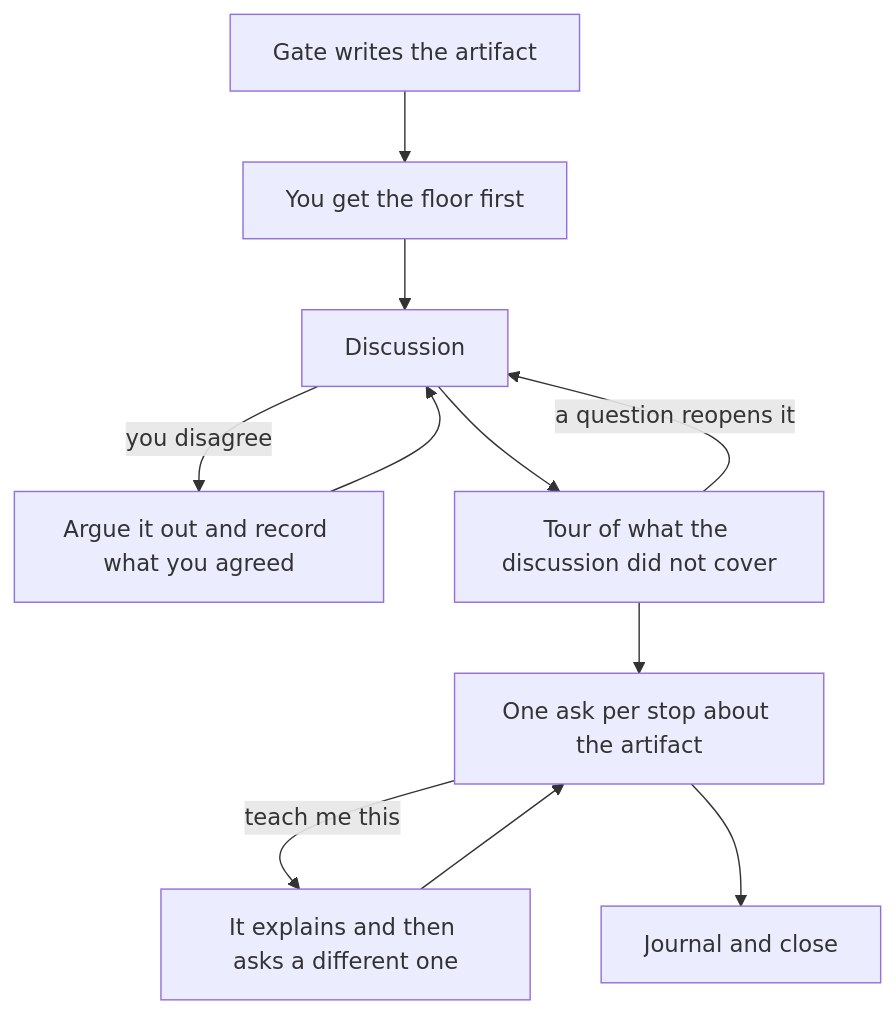
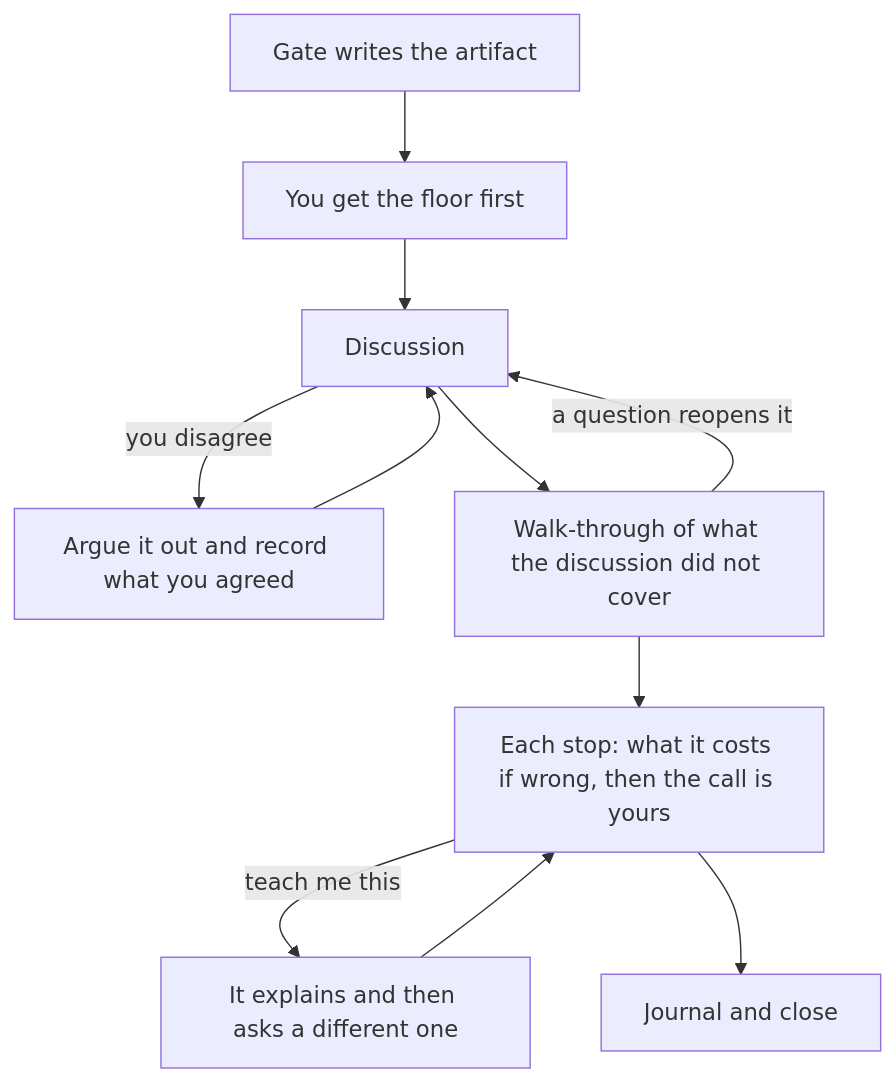
Before and after one commit to dgutson/yaait: the diagram in README.md, drawn with Mermaid. The commit also changed other lines of this file and 18 other files, not shown here.

````diff
--- a/README.md
+++ b/README.md
@@ -67,13 +67,13 @@
 ```mermaid
 flowchart TD
     A[Gate writes the artifact] --> B[You get the floor first]
     B --> C[Discussion]
     C -->|you disagree| G[Argue it out and record what you agreed]
     G --> C
-    C --> D[Tour of what the discussion did not cover]
+    C --> D[Walk-through of what the discussion did not cover]
     D -->|a question reopens it| C
-    D --> E[One ask per stop about the artifact]
+    D --> E[Each stop: what it costs if wrong, then the call is yours]
     E -->|teach me this| H[It explains and then asks a different one]
     H --> E
     E --> F[Journal and close]
 ```
````
